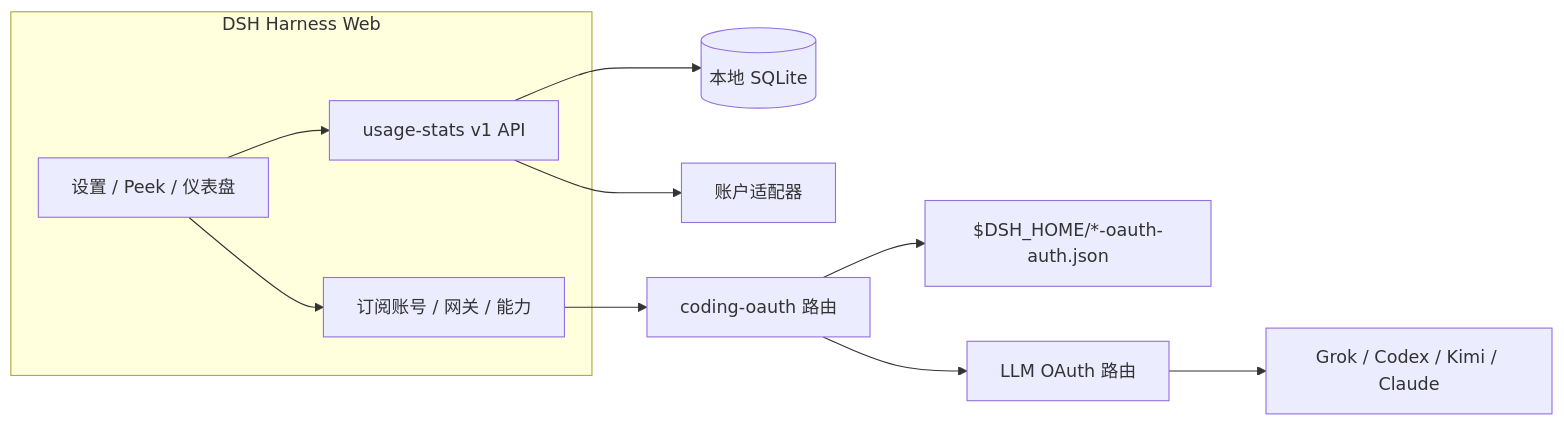
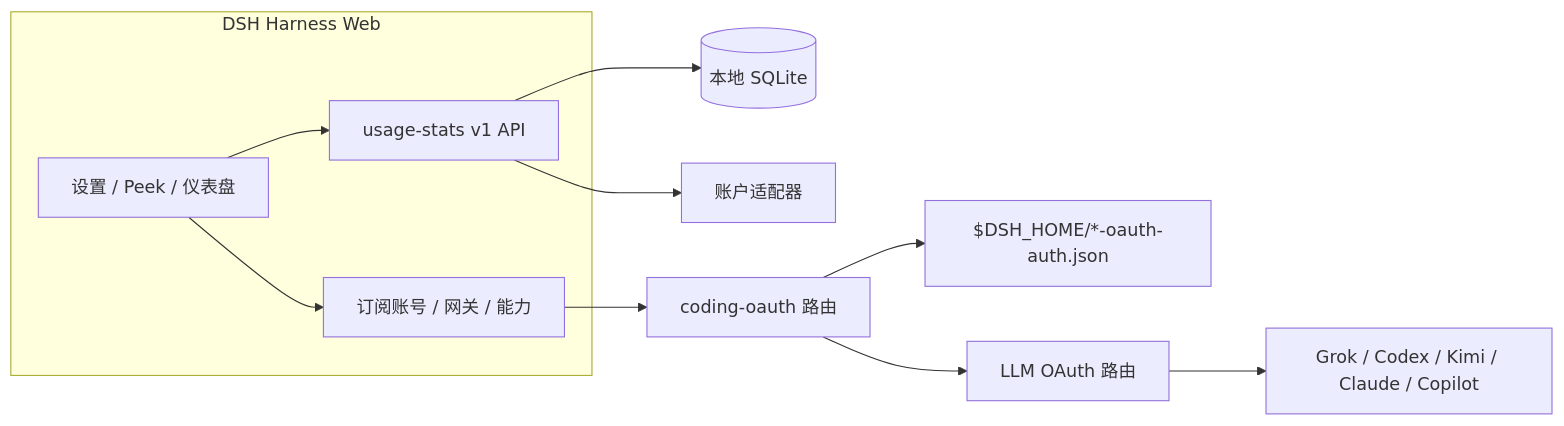
Before and after one commit to lninghaha/dsh-hub-oauth-gateway: the diagram in README.zh-CN.md, drawn with Mermaid. The commit also changed other lines of this file and 11 other files, not shown here.

````diff
--- a/README.zh-CN.md
+++ b/README.zh-CN.md
@@ -239,13 +250,13 @@
 ```mermaid
 flowchart LR
     subgraph DSH["DSH Harness Web"]
         UI[设置 / Peek / 仪表盘] --> API[usage-stats v1 API]
         UI --> OAuthUI[订阅账号 / 网关 / 能力]
     end
     API --> SQLite[(本地 SQLite)]
     API --> Adapters[账户适配器]
     OAuthUI --> CodingOAuth[coding-oauth 路由]
     CodingOAuth --> Creds["$DSH_HOME/*-oauth-auth.json"]
     CodingOAuth --> LLM[LLM OAuth 路由]
-    LLM --> Providers[Grok / Codex / Kimi / Claude]
+    LLM --> Providers[Grok / Codex / Kimi / Claude / Copilot]
 ```
````
